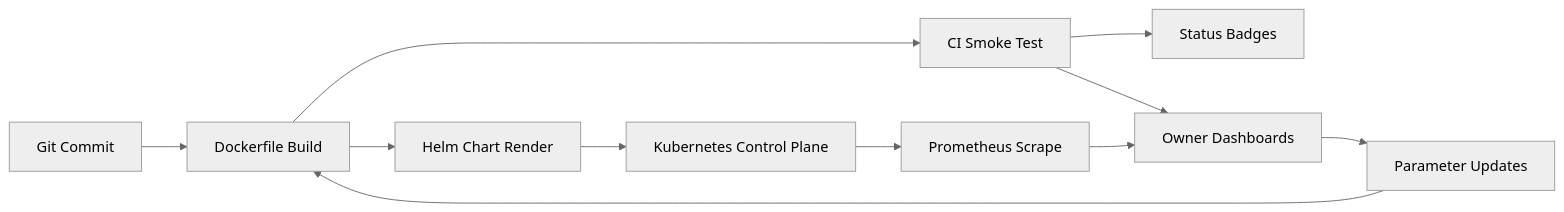
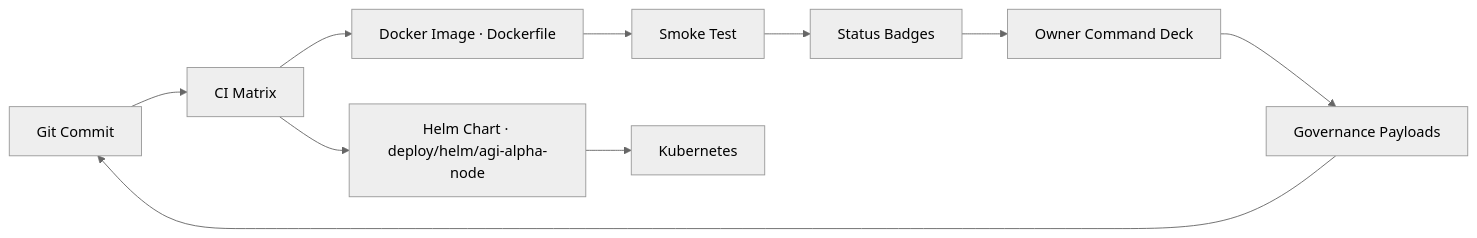
Before and after one commit to MontrealAI/AGI-Alpha-Node-v0: the fourth of 6 diagrams in docs/economics.md, drawn with Mermaid (neutral theme). The commit also changed other lines of this file, not shown here.

````diff
--- a/docs/economics.md
+++ b/docs/economics.md
@@ -406,13 +265,12 @@
 ```mermaid
 flowchart LR
-  Git[Git Commit] --> Build[Dockerfile Build]
-  Build --> Smoke[CI Smoke Test]
-  Smoke --> Badge[Status Badges]
-  Build --> Helm[Helm Chart Render]
-  Helm --> Cluster[Kubernetes Control Plane]
-  Cluster --> Metrics[Prometheus Scrape]
-  Metrics --> OwnerDeck[Owner Dashboards]
-  Smoke --> OwnerDeck
-  OwnerDeck --> Policy[Parameter Updates]
-  Policy --> Build
+  Commit[Git Commit] --> CI[CI Matrix]
+  CI --> Docker[Docker Image · Dockerfile]
+  CI --> Helm[Helm Chart · deploy/helm/agi-alpha-node]
+  Docker --> Smoke[Smoke Test]
+  Helm --> Cluster[Kubernetes]
+  Smoke --> Badges[Status Badges]
+  Badges --> OwnerDeck[Owner Command Deck]
+  OwnerDeck --> Policy[Governance Payloads]
+  Policy --> Commit
 ```
````
